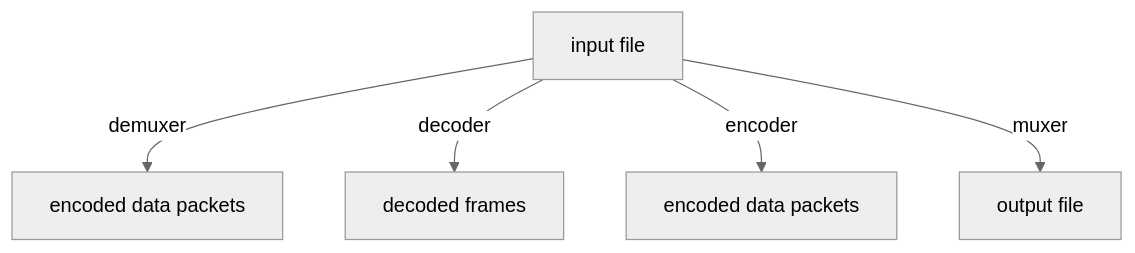
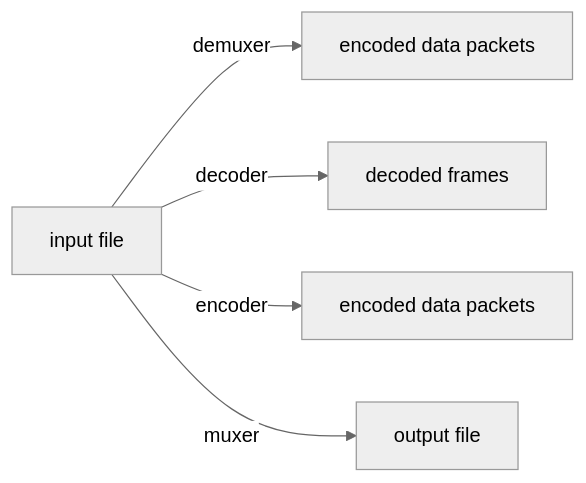
One commit to gendloop/LearningNotes changed the first of 5 diagrams in docs/tools/ffmpeg/guide.md. Above: the diagram before and after it, drawn with Mermaid (neutral theme). The commit also changed other lines of this file, not shown here.

````diff
--- a/docs/tools/ffmpeg/guide.md
+++ b/docs/tools/ffmpeg/guide.md
@@ -35,7 +35,7 @@
 ```mermaid
-graph
+graph LR
 A[input file] -->|demuxer| B[encoded data packets]
 A[input file] -->|decoder| C[decoded frames]
 A[input file] -->|encoder| D[encoded data packets]
 A[input file] -->|muxer  | E[output file]
 ```
````
